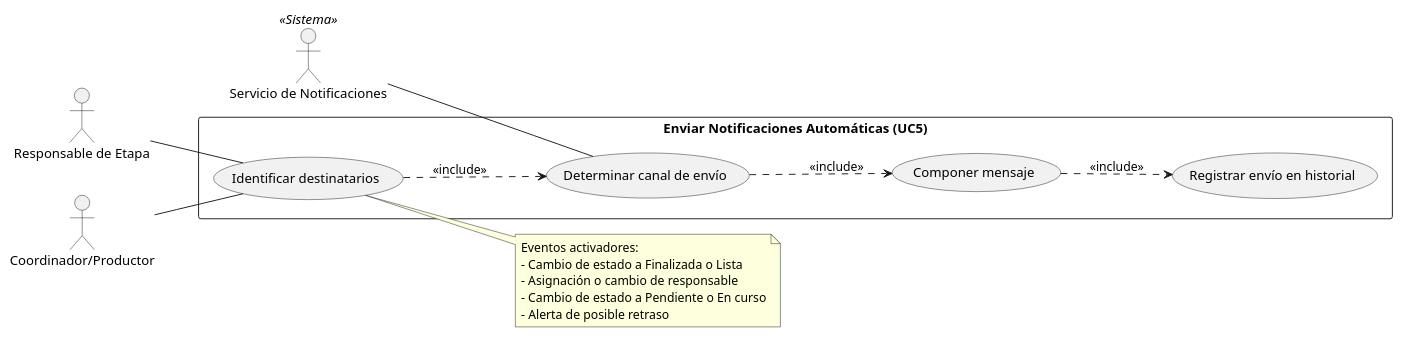
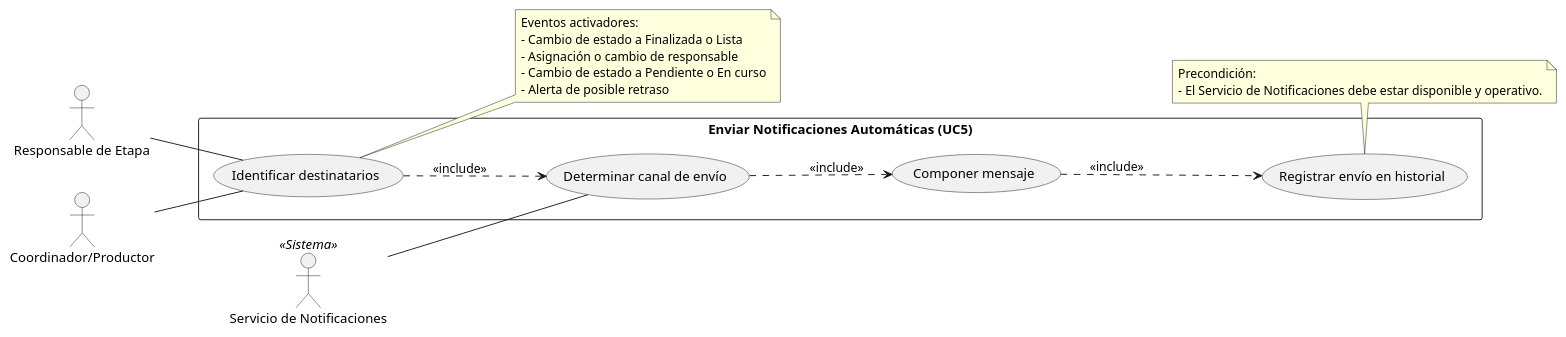
Before and after one commit to GonzaloBarbano/SistemaProductoraVideos: the diagram in diagramas/02-casos-de-uso/02-caso-uso-enviar-notificacion-05.puml, drawn with PlantUML. The commit also changed 27 other files, not shown here.

```diff
--- a/diagramas/02-casos-de-uso/02-caso-uso-enviar-notificacion-05.puml
+++ b/diagramas/02-casos-de-uso/02-caso-uso-enviar-notificacion-05.puml
@@ -1,30 +1,36 @@
 @startuml
 left to right direction
 
 actor "Servicio de Notificaciones" as Notif <<Sistema>>
 actor "Responsable de Etapa" as Resp
 actor "Coordinador/Productor" as Prod
 
 rectangle "Enviar Notificaciones Automáticas (UC5)" {
     usecase "Identificar destinatarios" as Destinatarios
     usecase "Determinar canal de envío" as Canal
     usecase "Componer mensaje" as Mensaje
     usecase "Registrar envío en historial" as Registro
 }
 
 Prod -- Destinatarios
 Resp -- Destinatarios
 Notif -- Canal
 
 Destinatarios ..> Canal : <<include>>
 Canal ..> Mensaje : <<include>>
 Mensaje ..> Registro : <<include>>
 
 note right of Destinatarios
   Eventos activadores:
   - Cambio de estado a Finalizada o Lista
   - Asignación o cambio de responsable
   - Cambio de estado a Pendiente o En curso
   - Alerta de posible retraso
 end note
+
+note bottom of Registro
+  Precondición:
+  - El Servicio de Notificaciones debe estar disponible y operativo.
+end note
+
 @enduml
```
